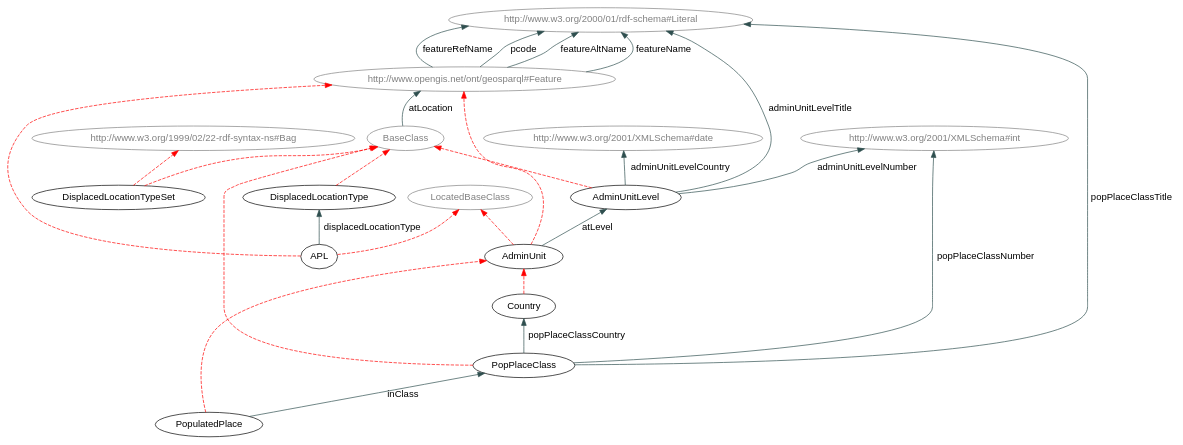
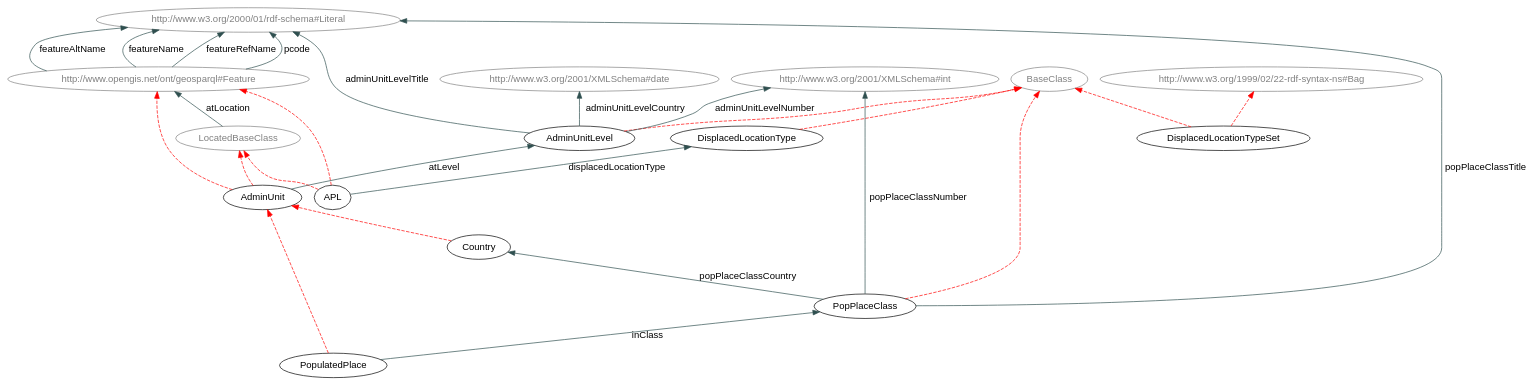
One commit to hxl-team/HXL-Vocab changed the diagram in Tools/geolocationSection.dot. Above: the diagram before and after it, drawn with Graphviz. The commit also changed 10 other files, not shown here.

```diff
--- a/Tools/geolocationSection.dot
+++ b/Tools/geolocationSection.dot
@@ -1,66 +1,66 @@
 digraph { 
  rankdir="BT";	
  charset="utf-8";
  overlap=false;
  edge [color=darkslategray];
  edge [fontname=Helvetica];
  node [fontname=Helvetica];
 
 "APL" [ URL = "./#APL"] ;
 		"http://www.opengis.net/ont/geosparql#Feature" [ URL = "./#APL" color="gray" fontcolor="gray"] ;
 				"APL" -> "http://www.opengis.net/ont/geosparql#Feature" [ color=red style="dashed" ]; 
 			"LocatedBaseClass" [ URL = "./#APL" color="gray" fontcolor="gray"] ;
 				"APL" -> "LocatedBaseClass" [ color=red style="dashed" ]; 
 			"AdminUnit" [ URL = "./#AdminUnit"] ;
 		"http://www.opengis.net/ont/geosparql#Feature" [ URL = "./#AdminUnit" color="gray" fontcolor="gray"] ;
 				"AdminUnit" -> "http://www.opengis.net/ont/geosparql#Feature" [ color=red style="dashed" ]; 
 			"LocatedBaseClass" [ URL = "./#AdminUnit" color="gray" fontcolor="gray"] ;
 				"AdminUnit" -> "LocatedBaseClass" [ color=red style="dashed" ]; 
 			"AdminUnitLevel" [ URL = "./#AdminUnitLevel"] ;
 		"BaseClass" [ URL = "./#AdminUnitLevel" color="gray" fontcolor="gray"] ;
 				"AdminUnitLevel" -> "BaseClass" [ color=red style="dashed" ]; 
 			"Country" [ URL = "./#Country"] ;
 		"Country" -> "AdminUnit" [ color=red style="dashed" ]; 
 			"DisplacedLocationType" [ URL = "./#DisplacedLocationType"] ;
 		"BaseClass" [ URL = "./#DisplacedLocationType" color="gray" fontcolor="gray"] ;
 				"DisplacedLocationType" -> "BaseClass" [ color=red style="dashed" ]; 
 			"DisplacedLocationTypeSet" [ URL = "./#DisplacedLocationTypeSet"] ;
 		"BaseClass" [ URL = "./#DisplacedLocationTypeSet" color="gray" fontcolor="gray"] ;
 				"DisplacedLocationTypeSet" -> "BaseClass" [ color=red style="dashed" ]; 
 			"http://www.w3.org/1999/02/22-rdf-syntax-ns#Bag" [ URL = "./#DisplacedLocationTypeSet" color="gray" fontcolor="gray"] ;
 				"DisplacedLocationTypeSet" -> "http://www.w3.org/1999/02/22-rdf-syntax-ns#Bag" [ color=red style="dashed" ]; 
 			"PopPlaceClass" [ URL = "./#PopPlaceClass"] ;
 		"BaseClass" [ URL = "./#PopPlaceClass" color="gray" fontcolor="gray"] ;
 				"PopPlaceClass" -> "BaseClass" [ color=red style="dashed" ]; 
 			"PopulatedPlace" [ URL = "./#PopulatedPlace"] ;
 		"PopulatedPlace" -> "AdminUnit" [ color=red style="dashed" ]; 
 			"http://www.w3.org/2001/XMLSchema#date" [ URL = "./#http://www.w3.org/2001/XMLSchema#date" color="gray" fontcolor="gray"] ;
 					"AdminUnitLevel" -> "http://www.w3.org/2001/XMLSchema#date" [ label="adminUnitLevelCountry" URL = "./#adminUnitLevelCountry"]; 
 				"http://www.w3.org/2001/XMLSchema#int" [ URL = "./#http://www.w3.org/2001/XMLSchema#int" color="gray" fontcolor="gray"] ;
 					"AdminUnitLevel" -> "http://www.w3.org/2001/XMLSchema#int" [ label="adminUnitLevelNumber" URL = "./#adminUnitLevelNumber"]; 
 				"http://www.w3.org/2000/01/rdf-schema#Literal" [ URL = "./#http://www.w3.org/2000/01/rdf-schema#Literal" color="gray" fontcolor="gray"] ;
 					"AdminUnitLevel" -> "http://www.w3.org/2000/01/rdf-schema#Literal" [ label="adminUnitLevelTitle" URL = "./#adminUnitLevelTitle"]; 
 				"AdminUnit" -> "AdminUnitLevel" [ label="atLevel" URL = "./#atLevel"]; 
-				"BaseClass" [ URL = "./#BaseClass" color="gray" fontcolor="gray"] ;
+				"LocatedBaseClass" [ URL = "./#LocatedBaseClass" color="gray" fontcolor="gray"] ;
 				"http://www.opengis.net/ont/geosparql#Feature" [ URL = "./#http://www.opengis.net/ont/geosparql#Feature" color="gray" fontcolor="gray"] ;
-					"BaseClass" -> "http://www.opengis.net/ont/geosparql#Feature" [ label="atLocation" URL = "./#atLocation"]; 
+					"LocatedBaseClass" -> "http://www.opengis.net/ont/geosparql#Feature" [ label="atLocation" URL = "./#atLocation"]; 
 				"APL" -> "DisplacedLocationType" [ label="displacedLocationType" URL = "./#displacedLocationType"]; 
 				"http://www.opengis.net/ont/geosparql#Feature" [ URL = "./#http://www.opengis.net/ont/geosparql#Feature" color="gray" fontcolor="gray"] ;
 				"http://www.w3.org/2000/01/rdf-schema#Literal" [ URL = "./#http://www.w3.org/2000/01/rdf-schema#Literal" color="gray" fontcolor="gray"] ;
 					"http://www.opengis.net/ont/geosparql#Feature" -> "http://www.w3.org/2000/01/rdf-schema#Literal" [ label="featureAltName" URL = "./#featureAltName"]; 
 				"http://www.opengis.net/ont/geosparql#Feature" [ URL = "./#http://www.opengis.net/ont/geosparql#Feature" color="gray" fontcolor="gray"] ;
 				"http://www.w3.org/2000/01/rdf-schema#Literal" [ URL = "./#http://www.w3.org/2000/01/rdf-schema#Literal" color="gray" fontcolor="gray"] ;
 					"http://www.opengis.net/ont/geosparql#Feature" -> "http://www.w3.org/2000/01/rdf-schema#Literal" [ label="featureName" URL = "./#featureName"]; 
 				"http://www.opengis.net/ont/geosparql#Feature" [ URL = "./#http://www.opengis.net/ont/geosparql#Feature" color="gray" fontcolor="gray"] ;
 				"http://www.w3.org/2000/01/rdf-schema#Literal" [ URL = "./#http://www.w3.org/2000/01/rdf-schema#Literal" color="gray" fontcolor="gray"] ;
 					"http://www.opengis.net/ont/geosparql#Feature" -> "http://www.w3.org/2000/01/rdf-schema#Literal" [ label="featureRefName" URL = "./#featureRefName"]; 
 				"PopulatedPlace" -> "PopPlaceClass" [ label="inClass" URL = "./#inClass"]; 
 				"http://www.opengis.net/ont/geosparql#Feature" [ URL = "./#http://www.opengis.net/ont/geosparql#Feature" color="gray" fontcolor="gray"] ;
 				"http://www.w3.org/2000/01/rdf-schema#Literal" [ URL = "./#http://www.w3.org/2000/01/rdf-schema#Literal" color="gray" fontcolor="gray"] ;
 					"http://www.opengis.net/ont/geosparql#Feature" -> "http://www.w3.org/2000/01/rdf-schema#Literal" [ label="pcode" URL = "./#pcode"]; 
 				"PopPlaceClass" -> "Country" [ label="popPlaceClassCountry" URL = "./#popPlaceClassCountry"]; 
 				"http://www.w3.org/2001/XMLSchema#int" [ URL = "./#http://www.w3.org/2001/XMLSchema#int" color="gray" fontcolor="gray"] ;
 					"PopPlaceClass" -> "http://www.w3.org/2001/XMLSchema#int" [ label="popPlaceClassNumber" URL = "./#popPlaceClassNumber"]; 
 				"http://www.w3.org/2000/01/rdf-schema#Literal" [ URL = "./#http://www.w3.org/2000/01/rdf-schema#Literal" color="gray" fontcolor="gray"] ;
 					"PopPlaceClass" -> "http://www.w3.org/2000/01/rdf-schema#Literal" [ label="popPlaceClassTitle" URL = "./#popPlaceClassTitle"]; 
 				}
```
